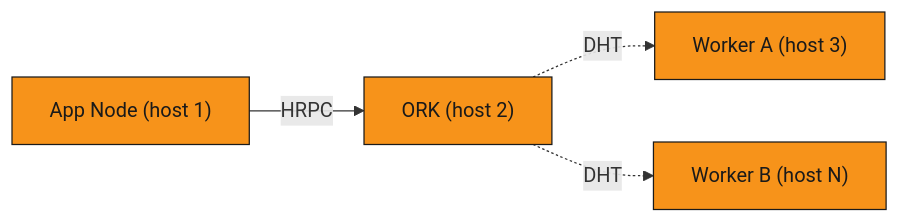
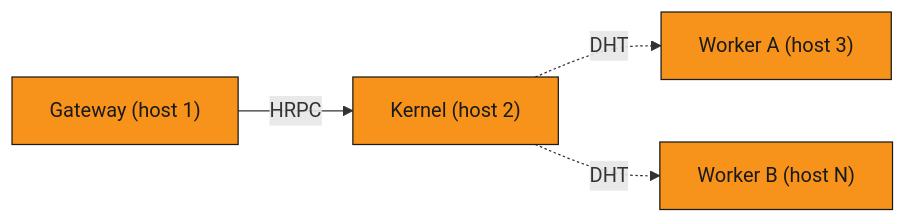
Before and after one commit to tetherto/mdk: the third of 3 diagrams in docs/concepts/deployment-topologies.md, drawn with Mermaid. The commit also changed other lines of this file and 4406 other files, not shown here.

````diff
--- a/docs/concepts/deployment-topologies.md
+++ b/docs/concepts/deployment-topologies.md
@@ -61,7 +61,7 @@
 ```mermaid
 flowchart LR
   classDef mdk fill:#F7931A,stroke:#1A1A1A,color:#1A1A1A
-  mApp["App Node (host 1)"]:::mdk -->|"HRPC"| mOrk["ORK (host 2)"]:::mdk
-  mOrk -.->|"DHT"| mW1["Worker A (host 3)"]:::mdk
-  mOrk -.->|"DHT"| mW2["Worker B (host N)"]:::mdk
+  mApp["Gateway (host 1)"]:::mdk -->|"HRPC"| mKernel["Kernel (host 2)"]:::mdk
+  mKernel -.->|"DHT"| mW1["Worker A (host 3)"]:::mdk
+  mKernel -.->|"DHT"| mW2["Worker B (host N)"]:::mdk
 ```
````
